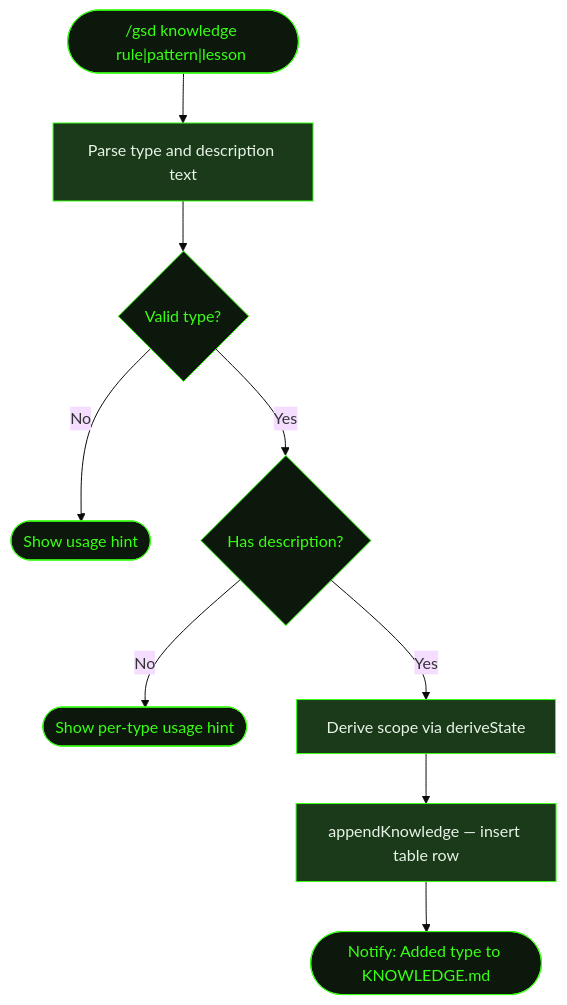
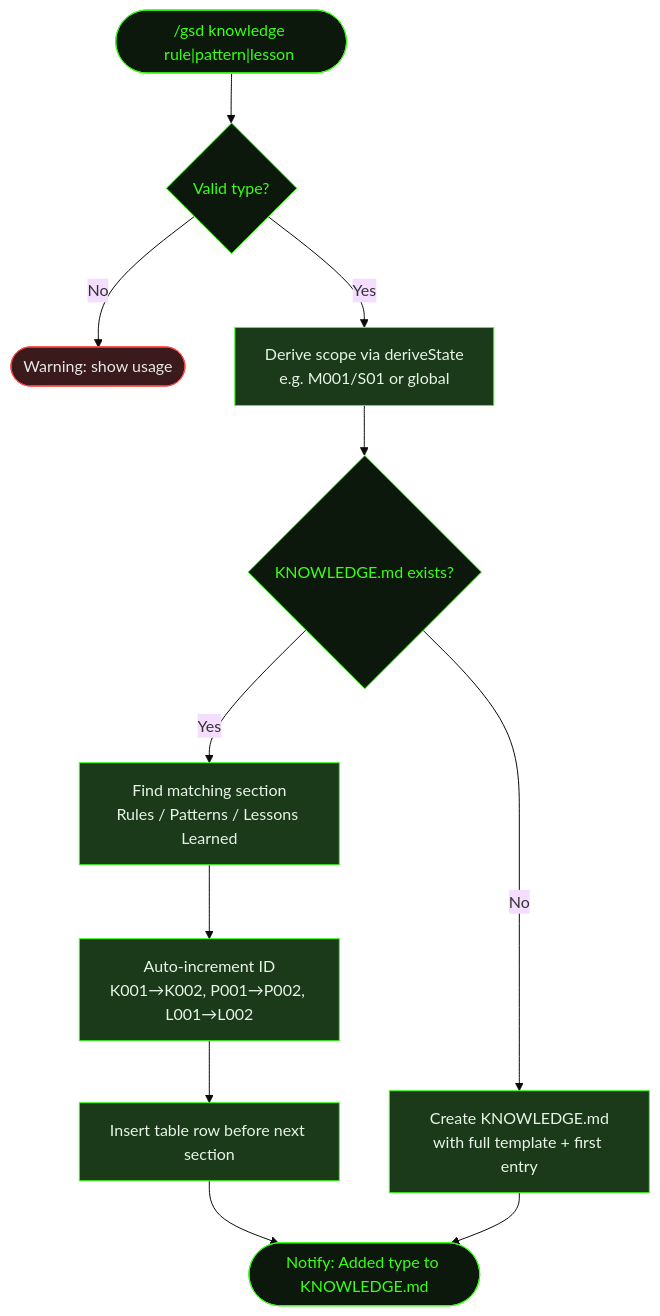
The diagram in src/content/docs/commands/knowledge.mdx (shusha-group/gsd2-guide), drawn with Mermaid (base theme) before and after one commit. The commit also changed other lines of this file and 202 other files, not shown here.

````diff
--- a/src/content/docs/commands/knowledge.mdx
+++ b/src/content/docs/commands/knowledge.mdx
@@ -45,21 +46,24 @@
 ```mermaid
 flowchart TD
-    Start(["/gsd knowledge rule|pattern|lesson <text>"]) --> ParseArgs[Parse type and description text]
-    ParseArgs --> ValidType{Valid type?}
-    ValidType -->|No| ShowUsage([Show usage hint])
-    ValidType -->|Yes| HasText{Has description?}
-    HasText -->|No| ShowTypeHint([Show per-type usage hint])
-    HasText -->|Yes| DeriveScope[Derive scope via deriveState]
-    DeriveScope --> AppendKnowledge[appendKnowledge — insert table row]
-    AppendKnowledge --> Notify([Notify: Added type to KNOWLEDGE.md])
+    Start(["/gsd knowledge rule|pattern|lesson <text>"]) --> Validate{Valid type?}
+    Validate -->|No| Warn([Warning: show usage])
+    Validate -->|Yes| Scope[Derive scope via deriveState<br/>e.g. M001/S01 or global]
+    Scope --> Exists{KNOWLEDGE.md exists?}
+    Exists -->|Yes| Find[Find matching section<br/>Rules / Patterns / Lessons Learned]
+    Find --> NextID[Auto-increment ID<br/>K001→K002, P001→P002, L001→L002]
+    NextID --> Insert[Insert table row before next section]
+    Insert --> Done([Notify: Added type to KNOWLEDGE.md])
+    Exists -->|No| Create[Create KNOWLEDGE.md<br/>with full template + first entry]
+    Create --> Done
 
     style Start fill:#0d180d,stroke:#39ff14,color:#39ff14
-    style ValidType fill:#0d180d,stroke:#39ff14,color:#39ff14
-    style HasText fill:#0d180d,stroke:#39ff14,color:#39ff14
-    style ShowUsage fill:#0d180d,stroke:#39ff14,color:#39ff14
-    style ShowTypeHint fill:#0d180d,stroke:#39ff14,color:#39ff14
-    style Notify fill:#0d180d,stroke:#39ff14,color:#39ff14
-    style ParseArgs fill:#1a3a1a,stroke:#39ff14,color:#e8f4e8
-    style DeriveScope fill:#1a3a1a,stroke:#39ff14,color:#e8f4e8
-    style AppendKnowledge fill:#1a3a1a,stroke:#39ff14,color:#e8f4e8
+    style Validate fill:#0d180d,stroke:#39ff14,color:#39ff14
+    style Exists fill:#0d180d,stroke:#39ff14,color:#39ff14
+    style Warn fill:#3a1a1a,stroke:#ff4444,color:#e8e8e8
+    style Scope fill:#1a3a1a,stroke:#39ff14,color:#e8f4e8
+    style Find fill:#1a3a1a,stroke:#39ff14,color:#e8f4e8
+    style NextID fill:#1a3a1a,stroke:#39ff14,color:#e8f4e8
+    style Insert fill:#1a3a1a,stroke:#39ff14,color:#e8f4e8
+    style Create fill:#1a3a1a,stroke:#39ff14,color:#e8f4e8
+    style Done fill:#0d180d,stroke:#39ff14,color:#39ff14
 ```
````
